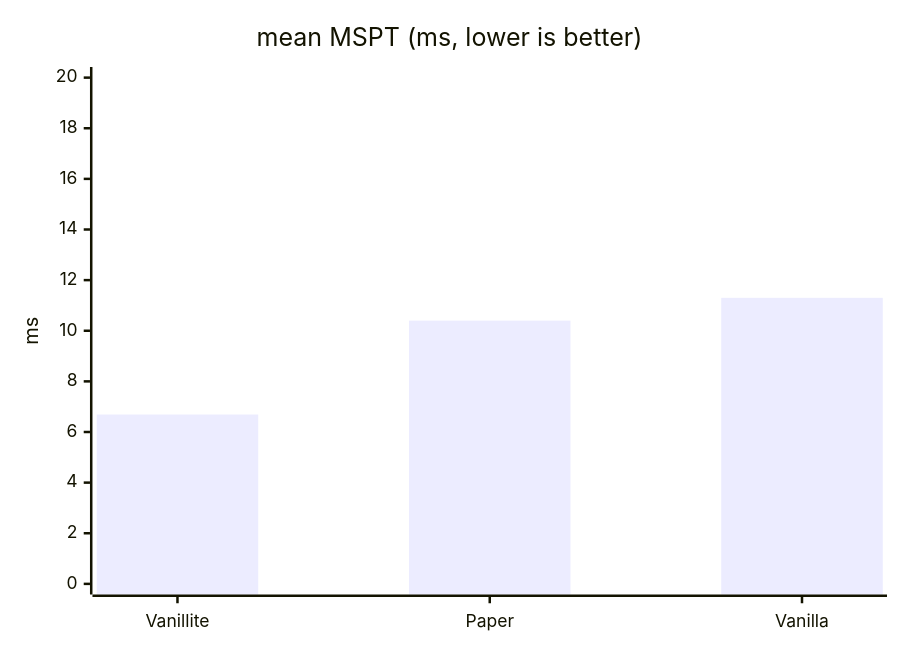
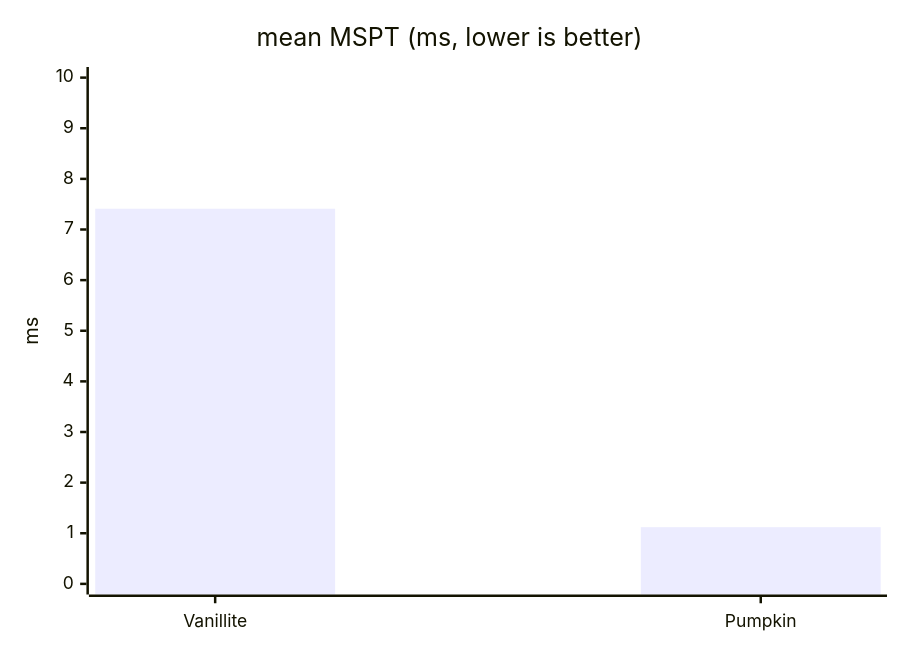
One commit to hthoene/Vanillite changed the third of 15 diagrams in benchmarks/README.md. Above: the diagram before and after it, drawn with Mermaid. The commit also changed other lines of this file and 6 other files, not shown here.

````diff
--- a/benchmarks/README.md
+++ b/benchmarks/README.md
@@ -120,7 +125,7 @@
 ```mermaid
 xychart-beta
     title "mean MSPT (ms, lower is better)"
-    x-axis ["Vanillite", "Paper", "Vanilla"]
-    y-axis "ms" 0 --> 20
-    bar [6.69, 10.4, 11.3]
+    x-axis ["Vanillite", "Pumpkin"]
+    y-axis "ms" 0 --> 10
+    bar [7.41, 1.12]
 ```
````
